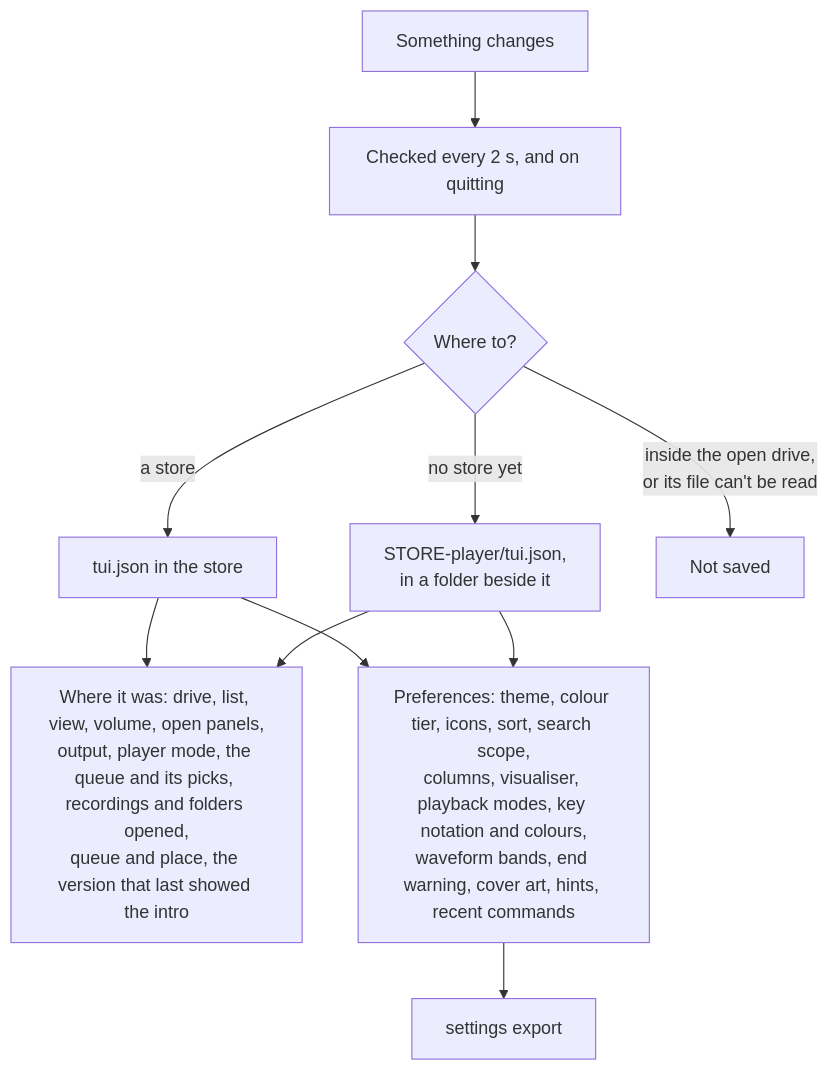
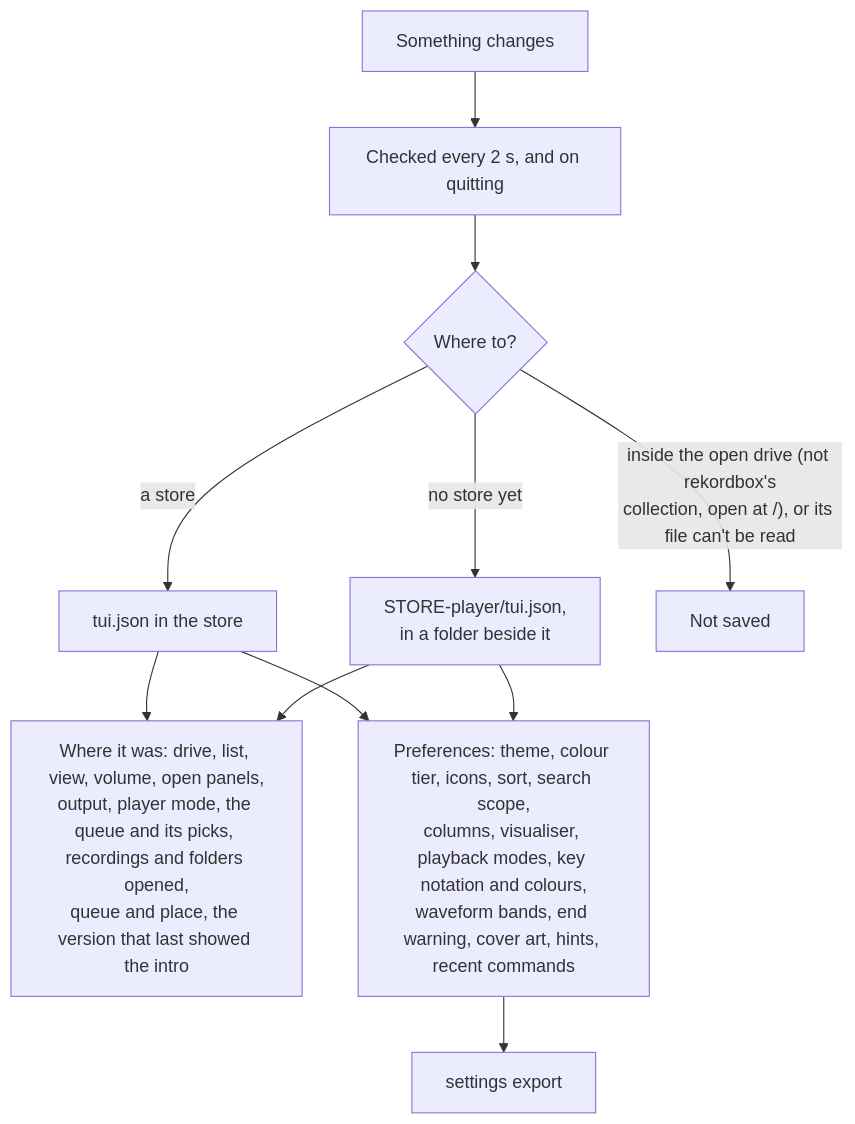
Diagram 17 of 17 in apps/locallibrary/docs/diagrams/player.md (cutenode/localnetwork), drawn with Mermaid before and after one commit.

Commit message:
docs(locallibrary): draw the state saved while rekordbox's collection is open

````diff
--- a/apps/locallibrary/docs/diagrams/player.md
+++ b/apps/locallibrary/docs/diagrams/player.md
@@ -381,13 +381,13 @@
 ```mermaid
 flowchart TD
     change["Something changes"] --> check["Checked every 2 s, and on quitting"]
     check --> has{"Where to?"}
     has -->|"a store"| tui["tui.json in the store"]
     has -->|"no store yet"| beside["STORE-player/tui.json,<br/>in a folder beside it"]
-    has -->|"inside the open drive,<br/>or its file can't be read"| none["Not saved"]
+    has -->|"inside the open drive (not rekordbox's<br/>collection, open at /), or its file can't be read"| none["Not saved"]
     tui --> where["Where it was: drive, list, view, volume, open panels,<br/>output, player mode, the queue and its picks, recordings and folders opened,<br/>queue and place, the version that last showed the intro"]
     beside --> where
     tui --> prefs["Preferences: theme, colour tier, icons, sort, search scope,<br/>columns, visualiser, playback modes, key notation and colours,<br/>waveform bands, end warning, cover art, hints, recent commands"]
     beside --> prefs
     prefs --> export["settings export"]
 ```
````
